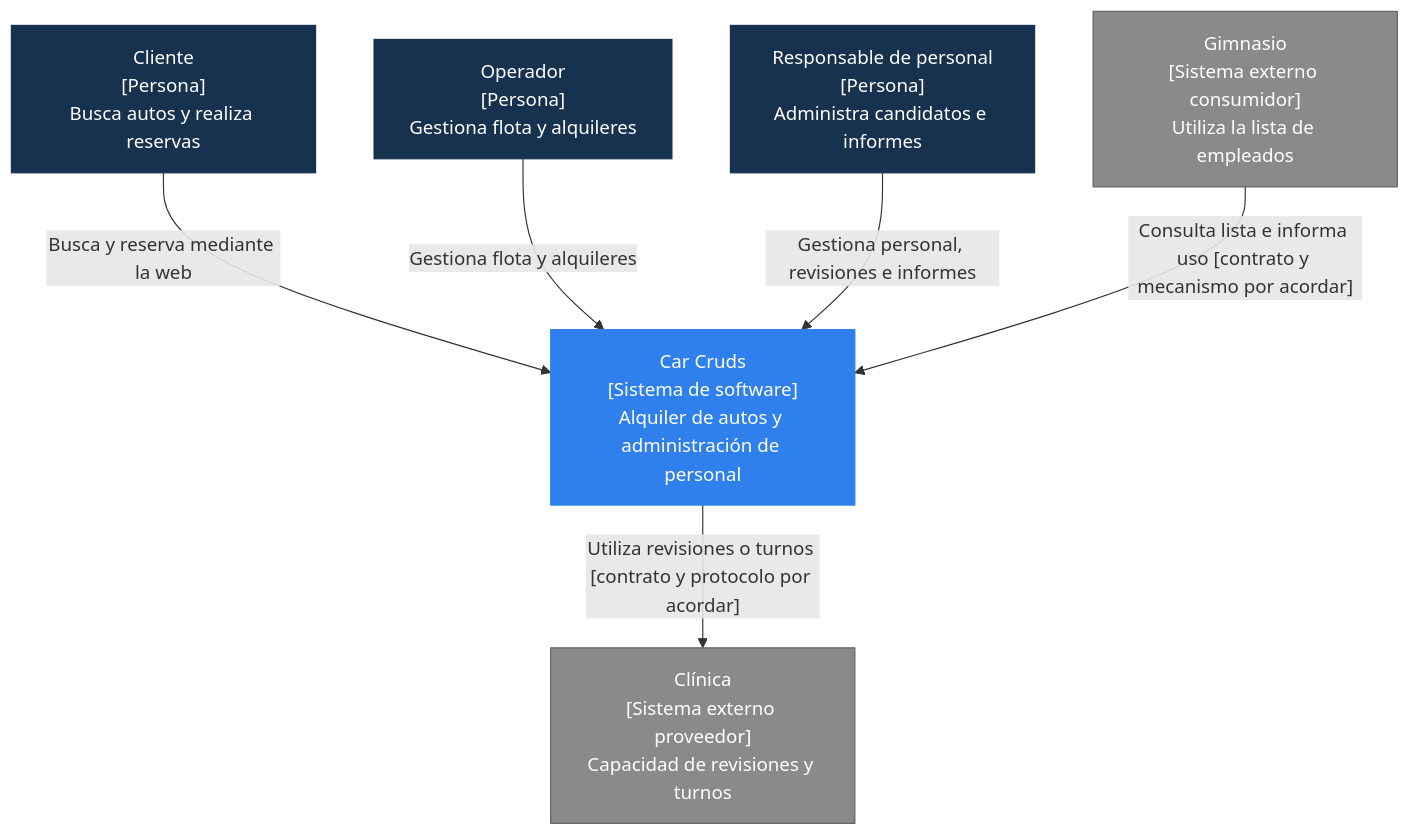
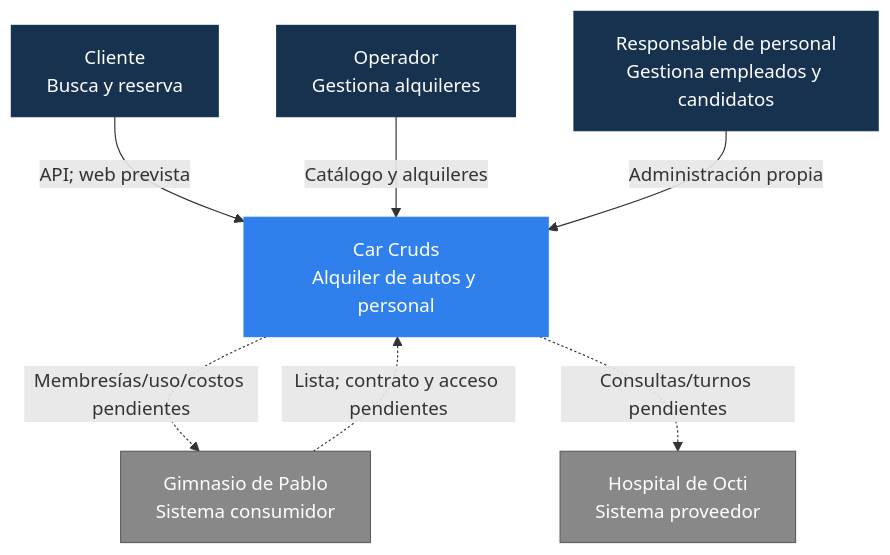
Before and after one commit to Gerpeirone/Car-Cruds: the first of 3 diagrams in docs/ARCHITECTURE.md, drawn with Mermaid. The commit also changed other lines of this file and 41 other files, not shown here.

````diff
--- a/docs/ARCHITECTURE.md
+++ b/docs/ARCHITECTURE.md
@@ -32,22 +19,23 @@
 ```mermaid
 flowchart TB
-    Client["Cliente<br/>[Persona]<br/>Busca autos y realiza reservas"]
-    Operator["Operador<br/>[Persona]<br/>Gestiona flota y alquileres"]
-    Personnel["Responsable de personal<br/>[Persona]<br/>Administra candidatos e informes"]
-    System["Car Cruds<br/>[Sistema de software]<br/>Alquiler de autos y administración de personal"]
-    Gym["Gimnasio<br/>[Sistema externo consumidor]<br/>Utiliza la lista de empleados"]
-    Clinic["Clínica<br/>[Sistema externo proveedor]<br/>Capacidad de revisiones y turnos"]
+    Client["Cliente<br/>Busca y reserva"]
+    Operator["Operador<br/>Gestiona alquileres"]
+    Personnel["Responsable de personal<br/>Gestiona empleados y candidatos"]
+    System["Car Cruds<br/>Alquiler de autos y personal"]
+    Gym["Gimnasio de Pablo<br/>Sistema consumidor"]
+    Clinic["Hospital de Octi<br/>Sistema proveedor"]
 
-    Client -->|"Busca y reserva mediante la web"| System
-    Operator -->|"Gestiona flota y alquileres"| System
-    Personnel -->|"Gestiona personal, revisiones e informes"| System
-    Gym -->|"Consulta lista e informa uso [contrato y mecanismo por acordar]"| System
-    System -->|"Utiliza revisiones o turnos [contrato y protocolo por acordar]"| Clinic
+    Client -->|"API; web prevista"| System
+    Operator -->|"Catálogo y alquileres"| System
+    Personnel -->|"Administración propia"| System
+    Gym -.->|"Lista; contrato y acceso pendientes"| System
+    System -.->|"Membresías/uso/costos pendientes"| Gym
+    System -.->|"Consultas/turnos pendientes"| Clinic
 
-    classDef person fill:#16324f,color:#ffffff,stroke:#16324f;
-    classDef system fill:#2f80ed,color:#ffffff,stroke:#2f80ed;
-    classDef external fill:#8a8a8a,color:#ffffff,stroke:#606060;
+    classDef person fill:#16324f,color:#fff,stroke:#16324f;
+    classDef system fill:#2f80ed,color:#fff,stroke:#2f80ed;
+    classDef external fill:#888,color:#fff,stroke:#606060;
     class Client,Operator,Personnel person;
     class System system;
     class Gym,Clinic external;
 ```
````
